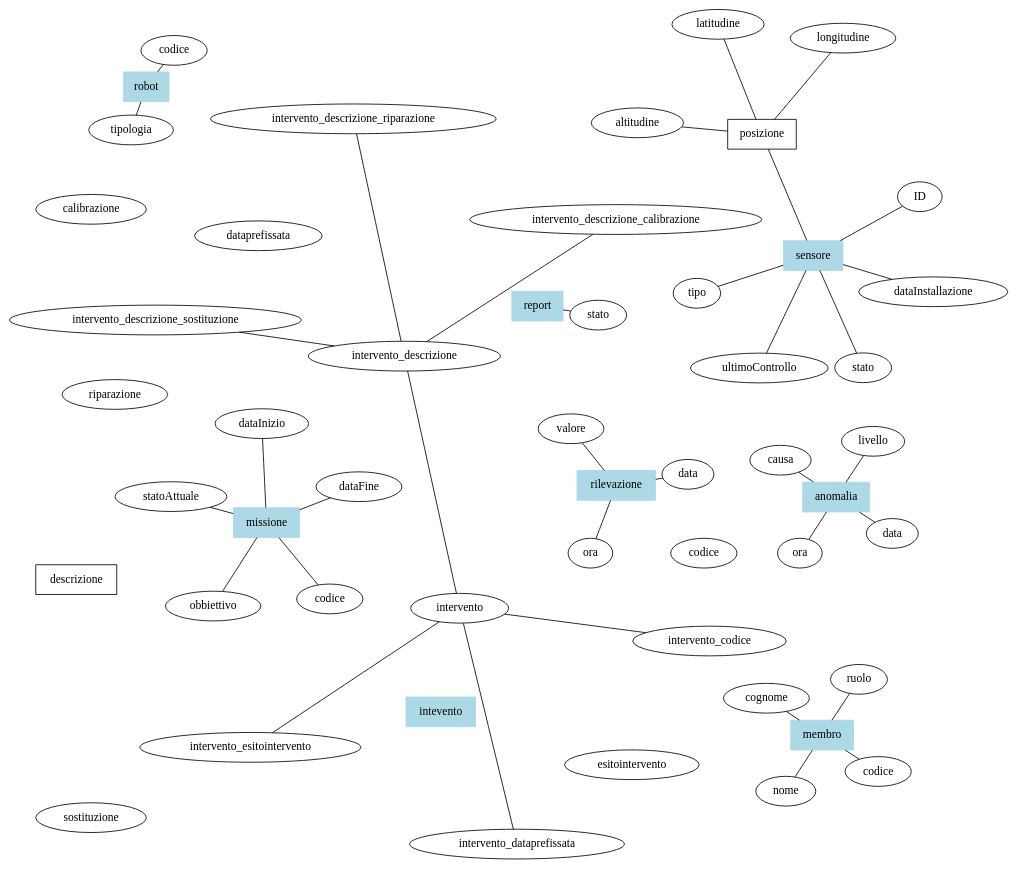
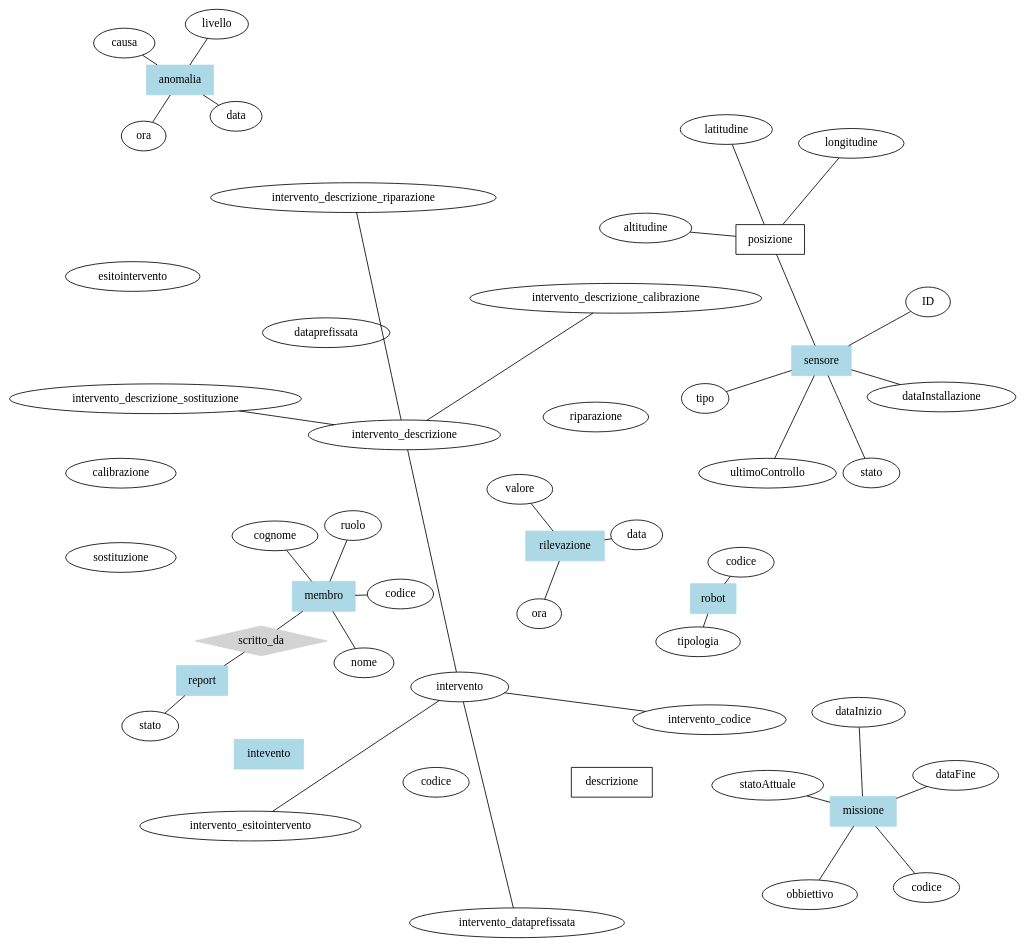
One commit to Air4x/Progetto-2024-25-DB changed the diagram in Modello-ER.dot. Above: the diagram before and after it, drawn with Graphviz.

Commit message:
Aggiunta relazione scritto_da

```diff
--- a/Modello-ER.dot
+++ b/Modello-ER.dot
@@ -1,87 +1,90 @@
 graph ER {
     layout=neato;
     overlap=false;
     // Entità
     /// Missione
     missione[shape="box", style=filled, color="lightblue"];
     missione_codice[label="codice"];
     missione_obbiettivo[label="obbiettivo"];
     missione_statoattuale[label="statoAttuale"];
     missione_dataFine[label="dataFine"];
     missione_dataInizio[label="dataInizio"];
     missione -- missione_codice;
     missione -- missione_obbiettivo;
     missione -- missione_statoattuale;
     missione -- missione_dataFine;
     missione -- missione_dataInizio;
     /// Membri dell'Equipaggio
     membro[shape="box", style=filled, color="lightblue"];
     membro_codice[label="codice"];
     membro_nome[label="nome"];
     membro_cognome[label="cognome"];
     membro_ruolo[label="ruolo"];
     membro -- membro_codice;
     membro -- membro_nome;
     membro -- membro_cognome;
     membro -- membro_ruolo;
     /// Sensori
     sensore[shape="box", style=filled, color="lightblue"];
     sensore_ID[label="ID"];
     sensore_posizione[shape="box", label="posizione"];
     sensore_pos_latitudine[label="latitudine"];
     sensore_pos_longitudine[label="longitudine"];
     sensore_pos_altitudine[label="altitudine"];
     sensore_tipo[label="tipo"];
     sensore_dataInstallazione[label="dataInstallazione"];
     sensore_ultimoControllo[label="ultimoControllo"];
     sensore_stato[label="stato"];
     sensore -- sensore_ID;
     sensore -- sensore_posizione;
     sensore_posizione -- sensore_pos_latitudine;
     sensore_pos_longitudine -- sensore_posizione -- sensore_pos_altitudine;
     sensore -- sensore_tipo;
     sensore -- sensore_dataInstallazione;
     sensore -- sensore_ultimoControllo;
     sensore -- sensore_stato;
     /// Robot
     robot[shape="box", style=filled, color="lightblue"];
     robot_codice[label="codice"];
     robot_tipo[label="tipologia"];
     robot_codice -- robot -- robot_tipo;
     /// Rilevazione
     rilevazione[shape="box", style=filled, color="lightblue"];
     rilevazione_data[label="data"];
     rilevazione_ora[label="ora"];
     rilevazione_valore[label="valore"];
     rilevazione_data -- rilevazione -- rilevazione_ora;
     rilevazione -- rilevazione_valore;
     /// Anomalia
     anomalia[shape="box", style=filled, color="lightblue"];
     anomalia_data[label="data"];
     anomalia_ora[label="ora"];
     anomalia_causa[label="causa"];
     anomalia_livello[label="livello"];
     anomalia_data -- anomalia -- anomalia_ora;
     anomalia_causa -- anomalia -- anomalia_livello;
     /// Intervento
     intevento[shape="box", style=filled, color="lightblue"];
     intevento_codice[label="codice"];
     intevento_descrizione[shape="box", label="descrizione"];
     intevento_descrizione_riparazione[label="riparazione"];
     intevento_descrizione_calibrazione[label="calibrazione"];
     intevento_descrizione_sostituzione[label="sostituzione"];
     intevento_dataprefissata[label="dataprefissata"];
     intevento_esitointervento[label="esitointervento"];
     intervento -- intervento_codice;
     intervento -- intervento_descrizione;
     intervento_descrizione_riparazione -- intervento_descrizione -- intervento_descrizione_calibrazione;
     intervento_descrizione_sostituzione -- intervento_descrizione;
     intervento -- intervento_esitointervento;
     intervento -- intervento_dataprefissata;
     /// Report
     report[shape="box", style=filled, color="lightblue"];
     report_statomissione[label="stato"];
     report -- report_statomissione;
     // Relazioni
+    /// scritto da
+    scritto_da[shape="diamond", style=filled, color="lightgray"];
+    report -- scritto_da -- membro;
     // Varie ed Eventuali
 }
```
